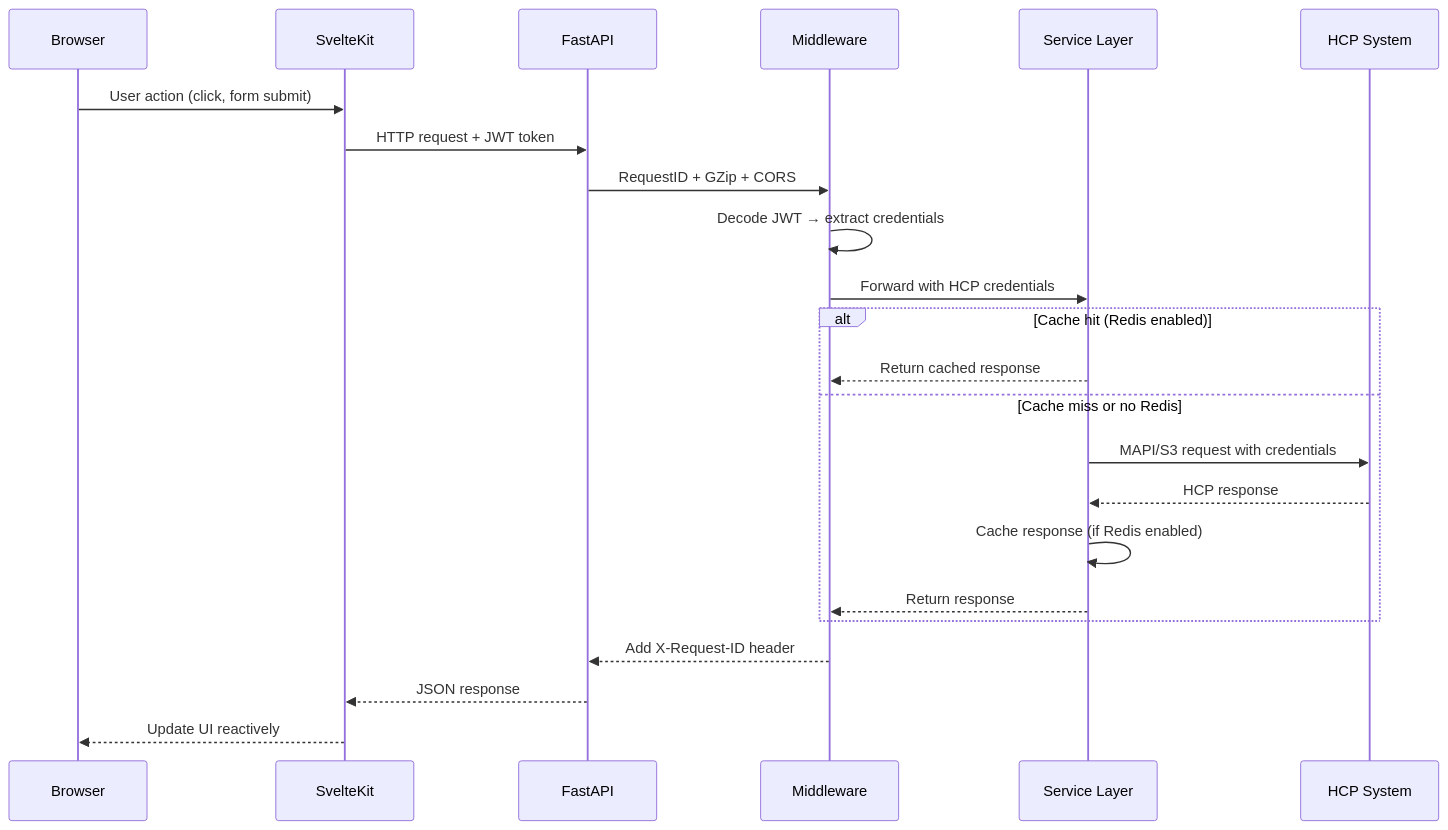
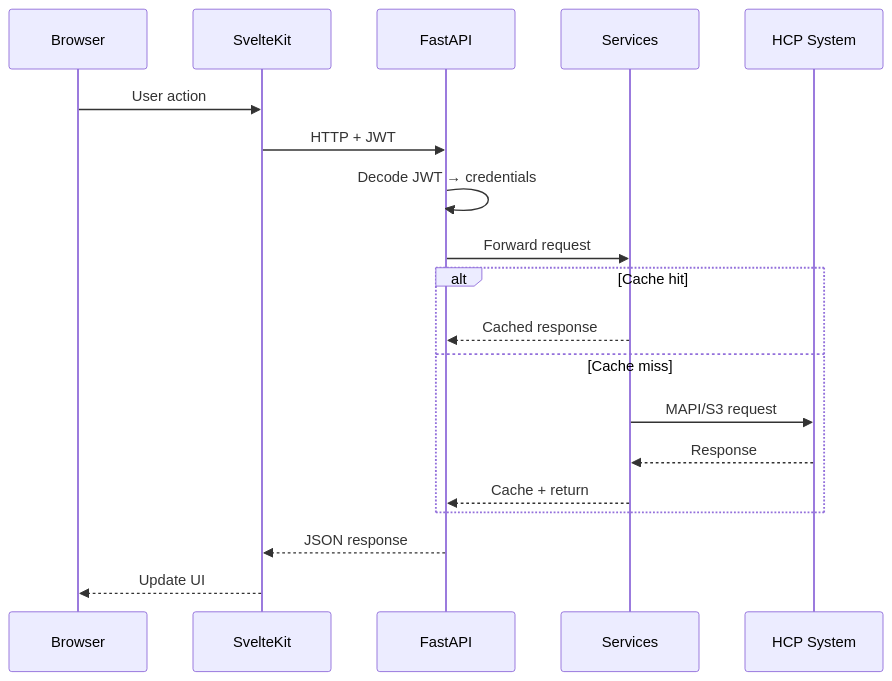
Before and after one commit to AI-Riksarkivet/ra-hcp: the second of 2 diagrams in docs/architecture/index.md, drawn with Mermaid. The commit also changed other lines of this file and 25 other files, not shown here.

First line of the commit message:
docs: improve architecture pages, enrich HCP concepts, remove raw vendor docs

````diff
--- a/docs/architecture/index.md
+++ b/docs/architecture/index.md
@@ -48,28 +33,24 @@
 ```mermaid
 sequenceDiagram
     participant B as Browser
     participant F as SvelteKit
     participant A as FastAPI
-    participant M as Middleware
-    participant S as Service Layer
+    participant S as Services
     participant H as HCP System
 
-    B->>F: User action (click, form submit)
-    F->>A: HTTP request + JWT token
-    A->>M: RequestID + GZip + CORS
-    M->>M: Decode JWT → extract credentials
-    M->>S: Forward with HCP credentials
+    B->>F: User action
+    F->>A: HTTP + JWT
+    A->>A: Decode JWT → credentials
+    A->>S: Forward request
 
-    alt Cache hit (Redis enabled)
-        S-->>M: Return cached response
-    else Cache miss or no Redis
-        S->>H: MAPI/S3 request with credentials
-        H-->>S: HCP response
-        S->>S: Cache response (if Redis enabled)
-        S-->>M: Return response
+    alt Cache hit
+        S-->>A: Cached response
+    else Cache miss
+        S->>H: MAPI/S3 request
+        H-->>S: Response
+        S-->>A: Cache + return
     end
 
-    M-->>A: Add X-Request-ID header
     A-->>F: JSON response
-    F-->>B: Update UI reactively
+    F-->>B: Update UI
 ```
````
